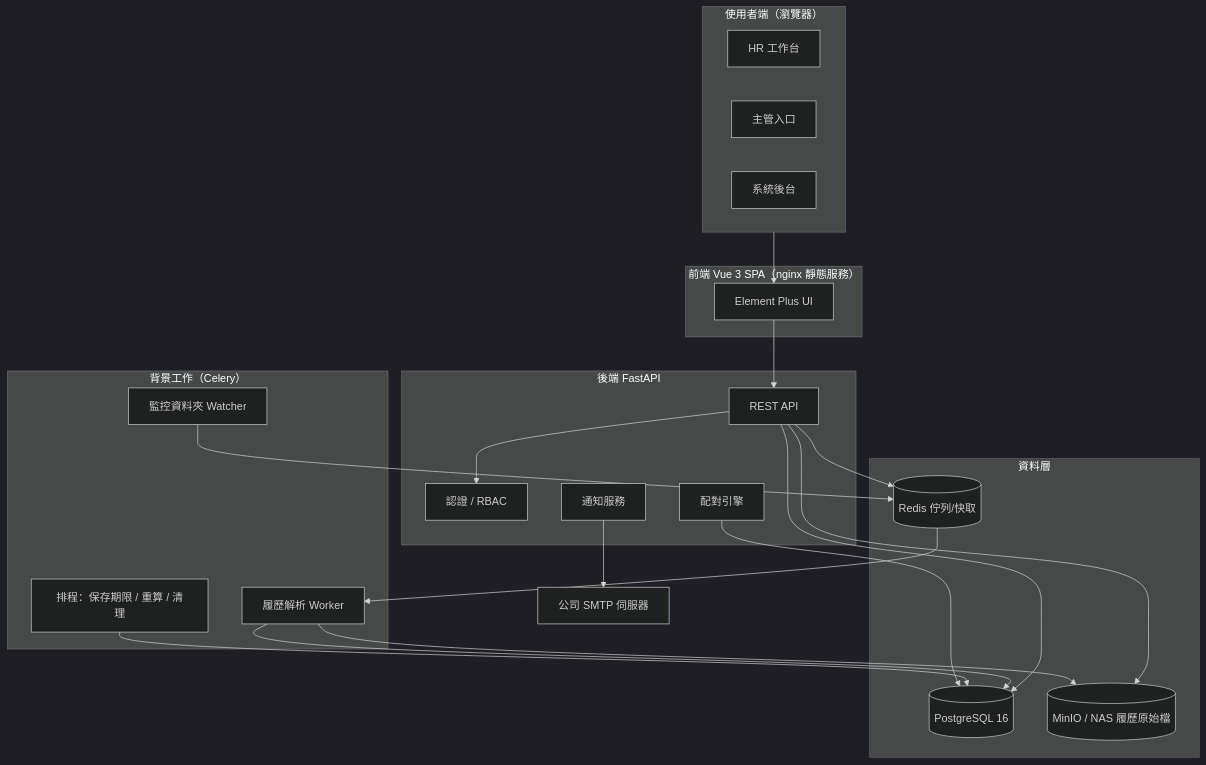
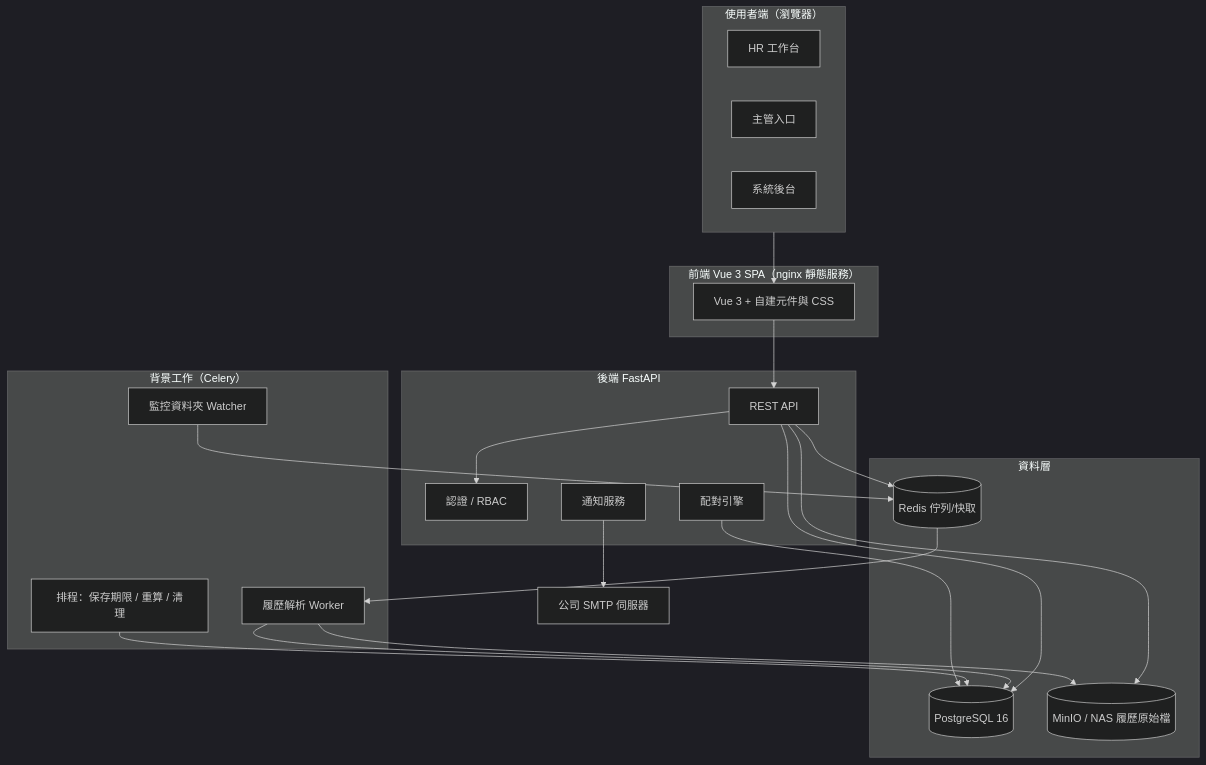
The first of 2 diagrams in docs/02-系統架構設計.md (yunzhenz-chainwin/Human-resources), drawn with Mermaid (dark theme) before and after one commit. The commit also changed other lines of this file and 15 other files, not shown here.

````diff
--- a/docs/02-系統架構設計.md
+++ b/docs/02-系統架構設計.md
@@ -9,39 +11,39 @@
 ```mermaid
 flowchart TB
     subgraph CLIENT[使用者端（瀏覽器）]
         HRUI[HR 工作台]
         MGRUI[主管入口]
         ADMUI[系統後台]
     end
     subgraph FE[前端 Vue 3 SPA（nginx 靜態服務）]
-        SPA[Element Plus UI]
+        SPA[Vue 3 + 自建元件與 CSS]
     end
     subgraph BE[後端 FastAPI]
         API[REST API]
         AUTHZ[認證 / RBAC]
         MATCH[配對引擎]
         NOTI[通知服務]
     end
     subgraph WORKER[背景工作（Celery）]
         PARSE[履歷解析 Worker]
         WATCH[監控資料夾 Watcher]
         SCHED[排程：保存期限 / 重算 / 清理]
     end
     subgraph DATA[資料層]
         PG[(PostgreSQL 16)]
         REDIS[(Redis 佇列/快取)]
         S3[(MinIO / NAS 履歷原始檔)]
     end
     CLIENT --> SPA --> API
     API --> AUTHZ
     API --> PG
     API --> REDIS
     API --> S3
     REDIS --> PARSE
     PARSE --> PG
     PARSE --> S3
     WATCH --> REDIS
     SCHED --> PG
     MATCH --> PG
     NOTI --> SMTP[公司 SMTP 伺服器]
 ```
````
